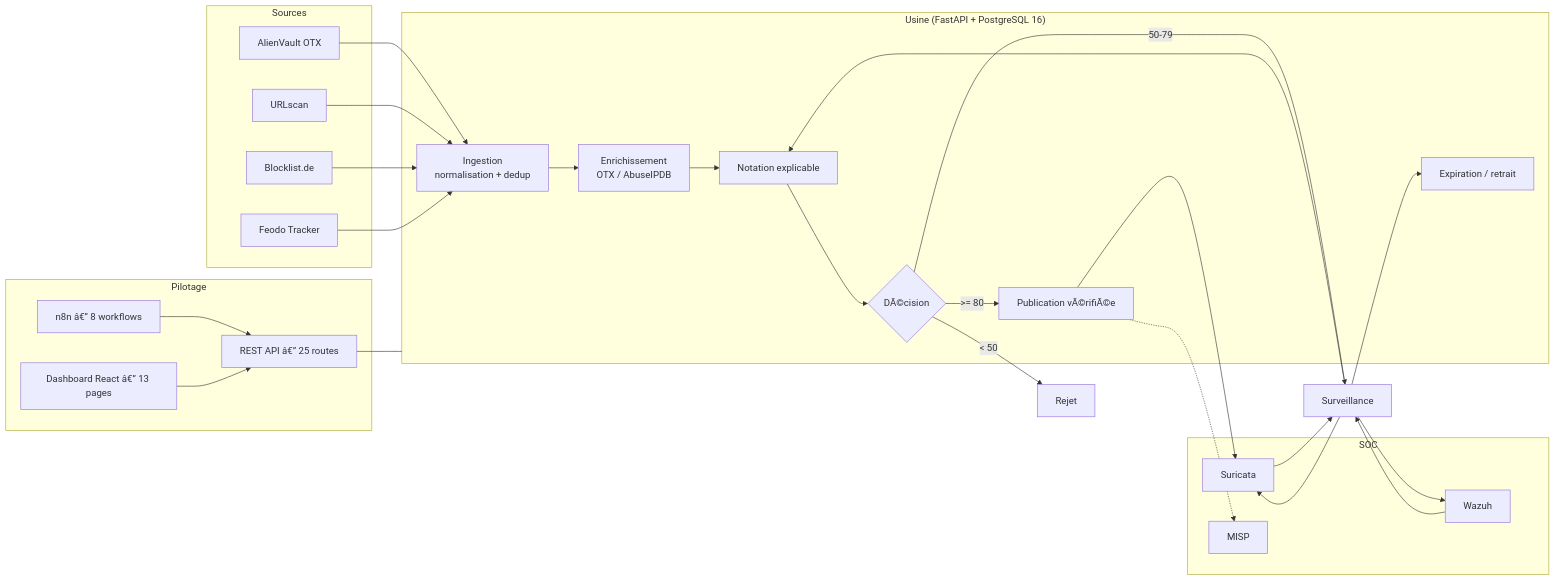
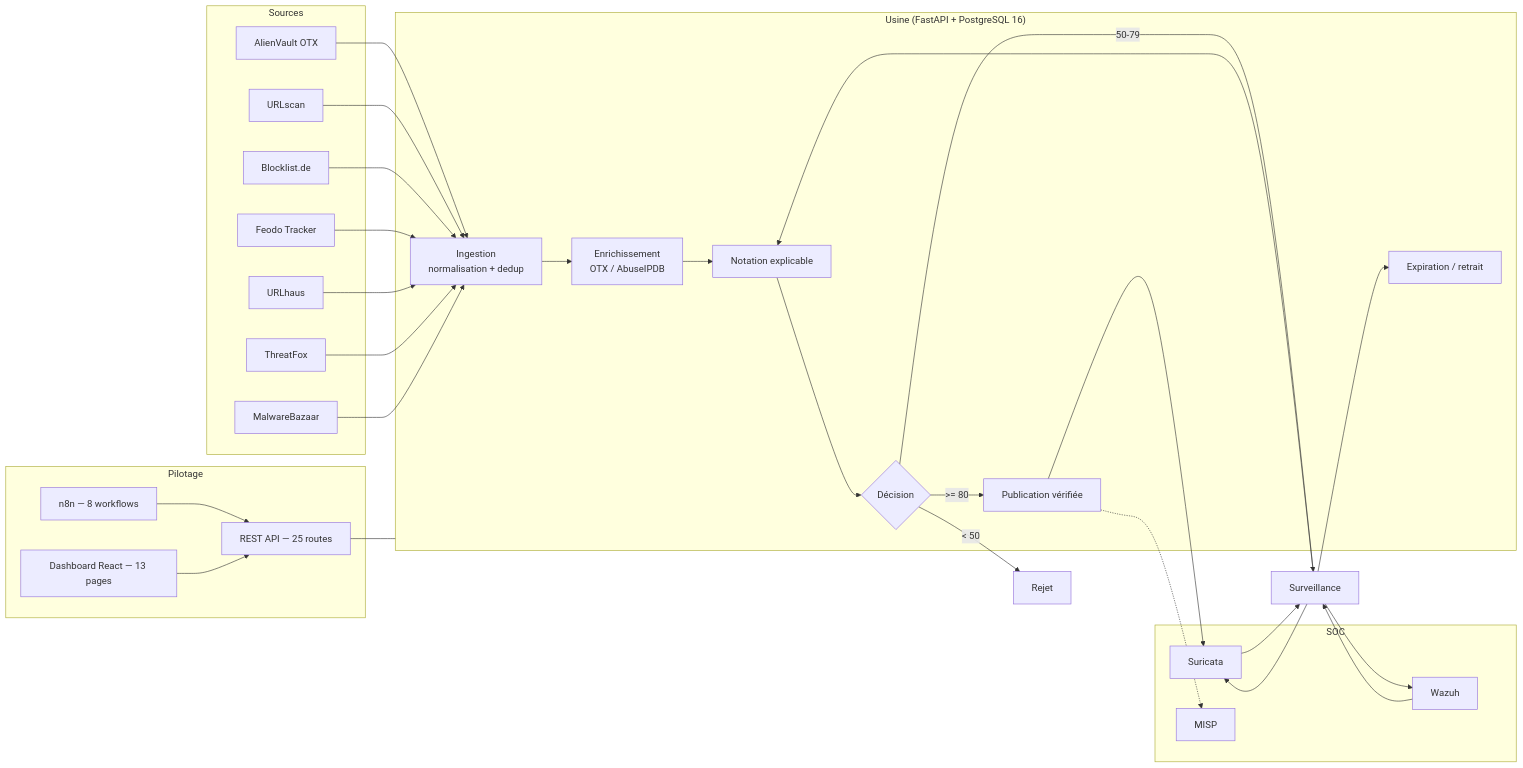
Before and after one commit to souhaylchiibi/soar-ioc-factory: the diagram in README.md, drawn with Mermaid. The commit also changed other lines of this file and 33 other files, not shown here.

````diff
--- a/README.md
+++ b/README.md
@@ -58,41 +58,44 @@
 ```mermaid
 flowchart LR
     subgraph Sources
         OTX[AlienVault OTX]
         US[URLscan]
         BL[Blocklist.de]
         FD[Feodo Tracker]
+        UH[URLhaus]
+        TF[ThreatFox]
+        MB[MalwareBazaar]
     end
 
     subgraph Coeur["Usine (FastAPI + PostgreSQL 16)"]
         ING[Ingestion<br/>normalisation + dedup]
         ENR[Enrichissement<br/>OTX / AbuseIPDB]
         SCO[Notation explicable]
-        DEC{DÃ©cision}
-        PUB[Publication vÃ©rifiÃ©e]
+        DEC{Décision}
+        PUB[Publication vérifiée]
         EXP[Expiration / retrait]
     end
 
     subgraph SOC
         SUR[Suricata]
         WAZ[Wazuh]
         MISP[MISP]
     end
 
     subgraph Pilotage
-        N8N[n8n â€” 8 workflows]
-        DASH[Dashboard React â€” 13 pages]
-        API[REST API â€” 25 routes]
+        N8N[n8n — 8 workflows]
+        DASH[Dashboard React — 13 pages]
+        API[REST API — 25 routes]
     end
 
-    OTX & US & BL & FD --> ING --> ENR --> SCO --> DEC
+    OTX & US & BL & FD & UH & TF & MB --> ING --> ENR --> SCO --> DEC
     DEC -->|>= 80| PUB --> SUR
     DEC -->|50-79| MON[Surveillance] --> SUR & WAZ
     DEC -->|< 50| REJ[Rejet]
     PUB -.-> MISP
     SUR & WAZ --> MON --> SCO
     MON --> EXP
     N8N --> API
     DASH --> API
     API --- Coeur
 ```
````
